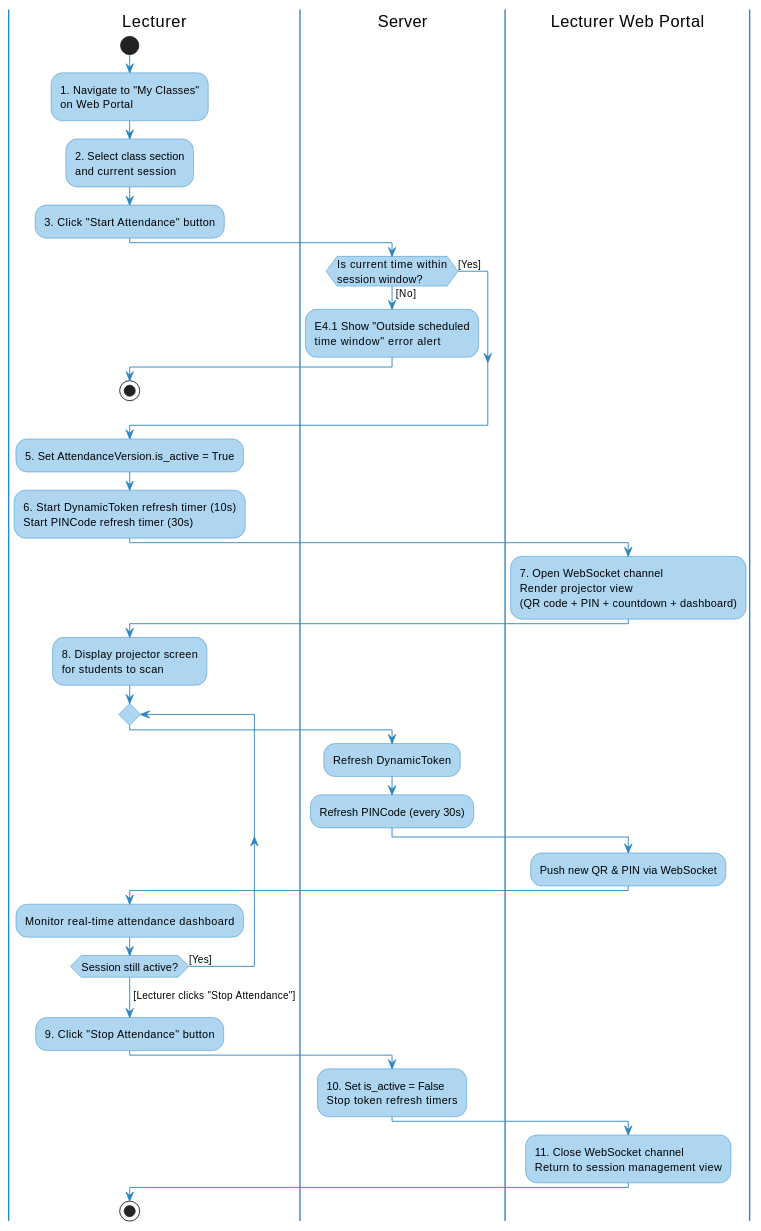
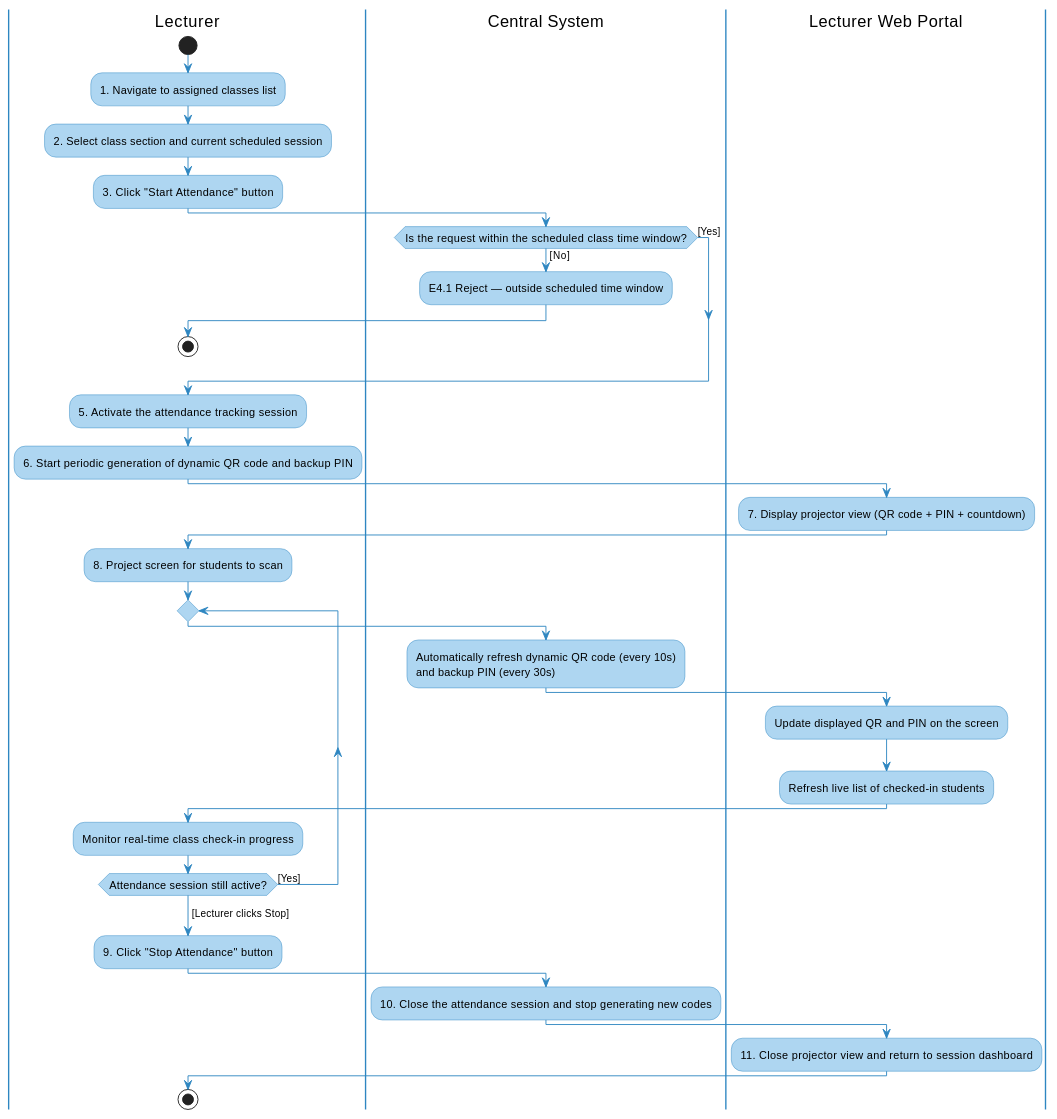
The fourth of 5 diagrams in MainDocs/AFAS_RDS_Document_Part1A_Requirement_Specification.md (nttung42/SWD392), drawn with PlantUML before and after one commit. The commit also changed other lines of this file, not shown here.

Commit message:
edit activity diagram

````diff
--- a/MainDocs/AFAS_RDS_Document_Part1A_Requirement_Specification.md
+++ b/MainDocs/AFAS_RDS_Document_Part1A_Requirement_Specification.md
@@ -689,62 +688,62 @@
 ```plantuml
 @startuml UC06_Activity_Swimlane
 skinparam ActivityBackgroundColor #AED6F1
 skinparam ActivityBorderColor #2E86C1
 skinparam ActivityDiamondBackgroundColor #AED6F1
 skinparam ActivityDiamondBorderColor #2E86C1
 skinparam ArrowColor #2E86C1
 skinparam ActivityFontSize 12
 skinparam swimlaneBorderColor #2E86C1
 skinparam swimlaneHeaderFontStyle bold
 
 |Lecturer|
 start
-:1. Navigate to "My Classes"\non Web Portal;
-:2. Select class section\nand current session;
+:1. Navigate to assigned classes list;
+:2. Select class section and current scheduled session;
 :3. Click "Start Attendance" button;
 
-|Server|
-if (Is current time within\nsession window?) then ([No])
-  :E4.1 Show "Outside scheduled\ntime window" error alert;
+|Central System|
+if (Is the request within the scheduled class time window?) then ([No])
+  :E4.1 Reject — outside scheduled time window;
   |Lecturer|
   stop
 else ([Yes])
 endif
 
-:5. Set AttendanceVersion.is_active = True;
-:6. Start DynamicToken refresh timer (10s)\nStart PINCode refresh timer (30s);
+:5. Activate the attendance tracking session;
+:6. Start periodic generation of dynamic QR code and backup PIN;
 
 |Lecturer Web Portal|
-:7. Open WebSocket channel\nRender projector view\n(QR code + PIN + countdown + dashboard);
+:7. Display projector view (QR code + PIN + countdown);
 
 |Lecturer|
-:8. Display projector screen\nfor students to scan;
+:8. Project screen for students to scan;
 
 repeat
 
-  |Server|
-  :Refresh DynamicToken;
-  :Refresh PINCode (every 30s);
+  |Central System|
+  :Automatically refresh dynamic QR code (every 10s)\nand backup PIN (every 30s);
 
   |Lecturer Web Portal|
-  :Push new QR & PIN via WebSocket;
+  :Update displayed QR and PIN on the screen;
+  :Refresh live list of checked-in students;
 
   |Lecturer|
-  :Monitor real-time attendance dashboard;
+  :Monitor real-time class check-in progress;
 
-repeat while (Session still active?) is ([Yes])
--> [Lecturer clicks "Stop Attendance"];
+repeat while (Attendance session still active?) is ([Yes])
+-> [Lecturer clicks Stop];
 
 |Lecturer|
 :9. Click "Stop Attendance" button;
 
-|Server|
-:10. Set is_active = False\nStop token refresh timers;
+|Central System|
+:10. Close the attendance session and stop generating new codes;
 
 |Lecturer Web Portal|
-:11. Close WebSocket channel\nReturn to session management view;
+:11. Close projector view and return to session dashboard;
 
 |Lecturer|
 stop
 @enduml
 ```
````
